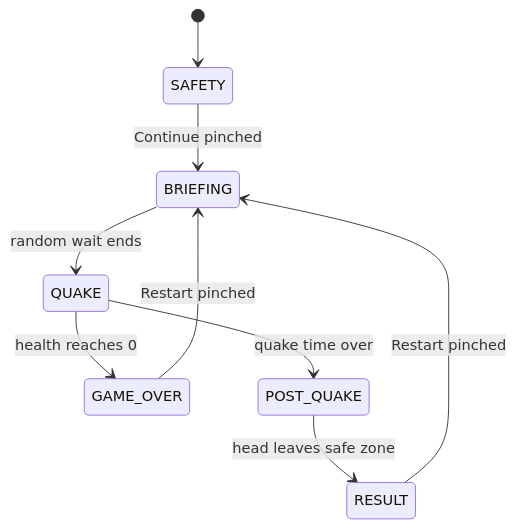
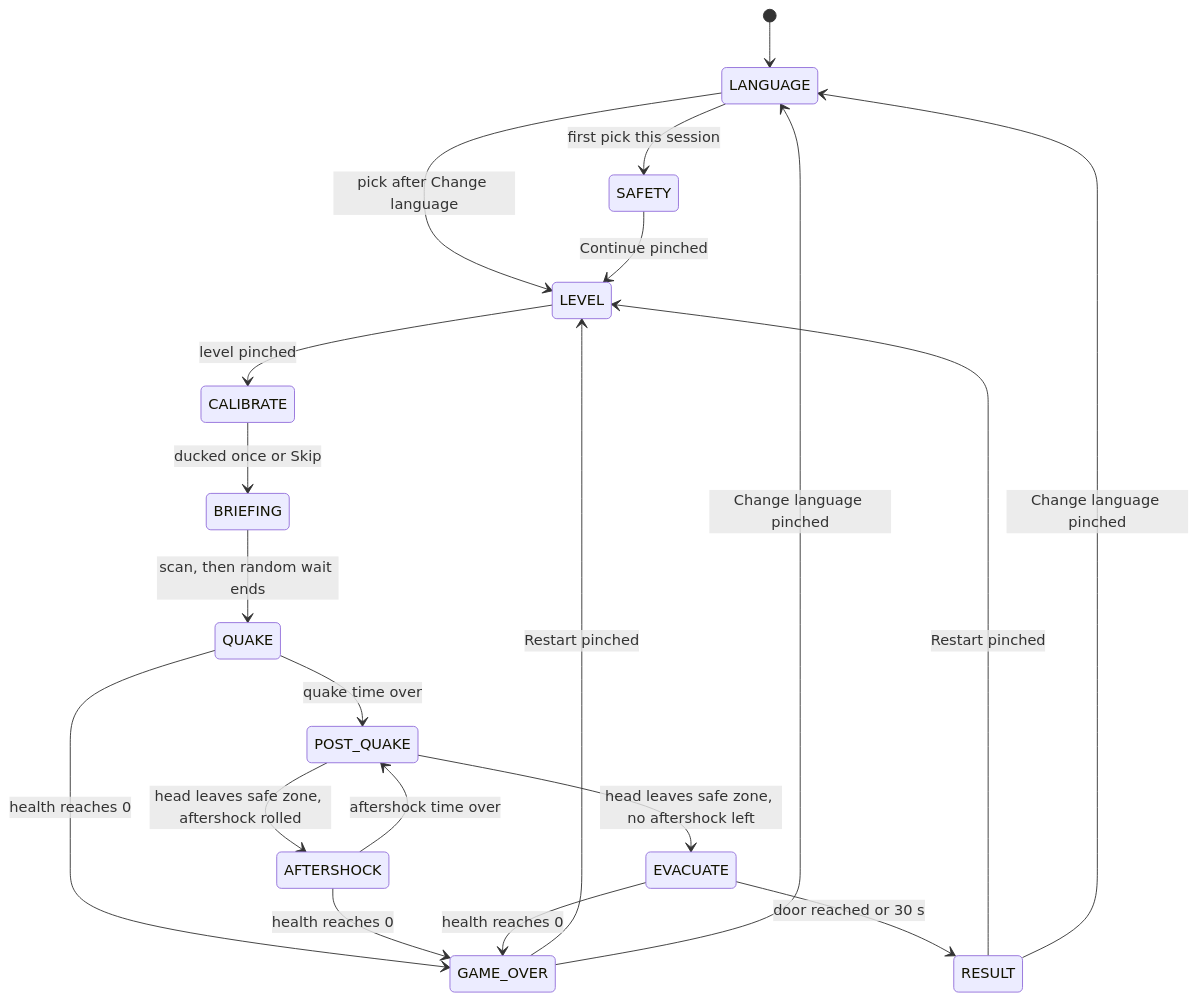
The second of 2 diagrams in docs/USER_FLOW_DIAGRAM.md (FairoLegends/Aftershock), drawn with Mermaid before and after one commit. The commit also changed other lines of this file and 4 other files, not shown here.

Commit message:
docs: PRD (R1-R33), TDD, user flow, design briefs updated to match the build at 5b4958e (Slices 8-12B)

````diff
--- a/docs/USER_FLOW_DIAGRAM.md
+++ b/docs/USER_FLOW_DIAGRAM.md
@@ -50,11 +65,22 @@
 ```mermaid
 stateDiagram-v2
-    [*] --> SAFETY
-    SAFETY --> BRIEFING: Continue pinched
-    BRIEFING --> QUAKE: random wait ends
+    [*] --> LANGUAGE
+    LANGUAGE --> SAFETY: first pick this session
+    LANGUAGE --> LEVEL: pick after Change language
+    SAFETY --> LEVEL: Continue pinched
+    LEVEL --> CALIBRATE: level pinched
+    CALIBRATE --> BRIEFING: ducked once or Skip
+    BRIEFING --> QUAKE: scan, then random wait ends
     QUAKE --> GAME_OVER: health reaches 0
     QUAKE --> POST_QUAKE: quake time over
-    POST_QUAKE --> RESULT: head leaves safe zone
-    RESULT --> BRIEFING: Restart pinched
-    GAME_OVER --> BRIEFING: Restart pinched
+    POST_QUAKE --> AFTERSHOCK: head leaves safe zone, aftershock rolled
+    AFTERSHOCK --> POST_QUAKE: aftershock time over
+    AFTERSHOCK --> GAME_OVER: health reaches 0
+    POST_QUAKE --> EVACUATE: head leaves safe zone, no aftershock left
+    EVACUATE --> RESULT: door reached or 30 s
+    EVACUATE --> GAME_OVER: health reaches 0
+    RESULT --> LEVEL: Restart pinched
+    GAME_OVER --> LEVEL: Restart pinched
+    RESULT --> LANGUAGE: Change language pinched
+    GAME_OVER --> LANGUAGE: Change language pinched
 ```
````
